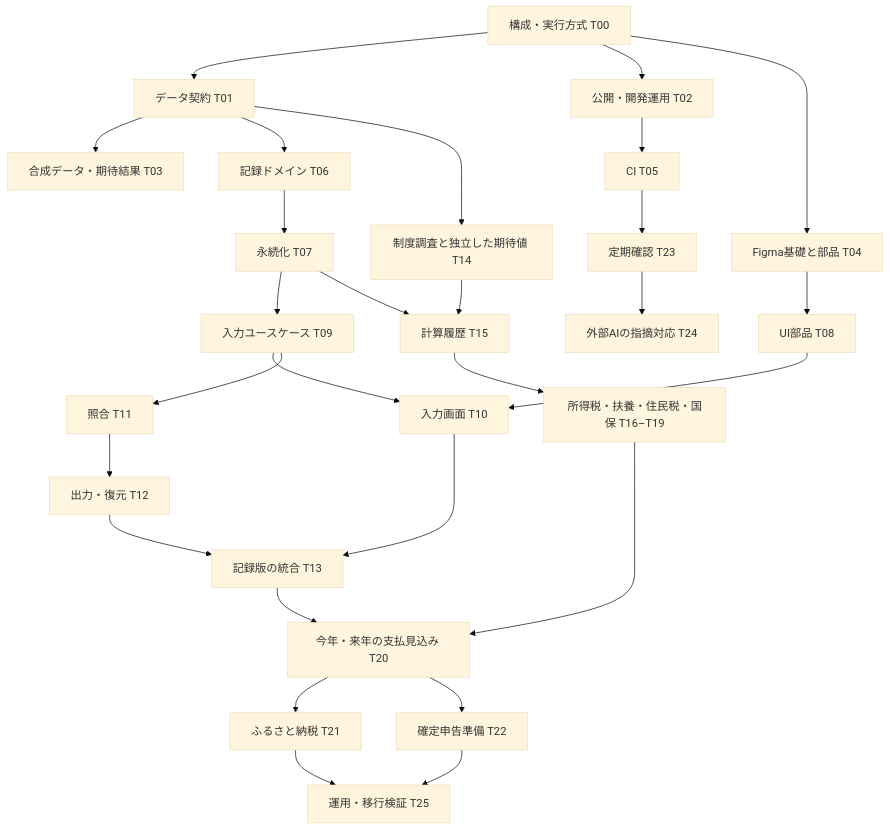
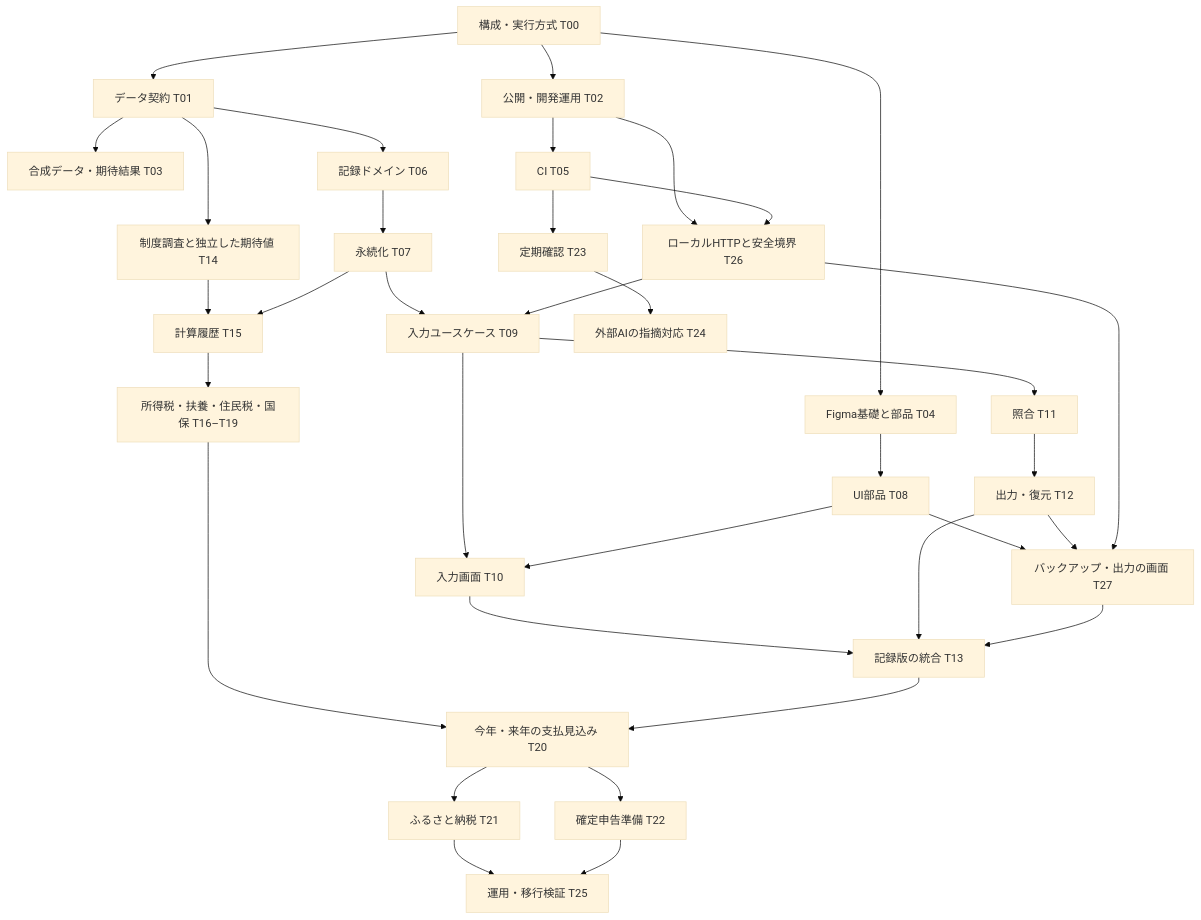
The diagram in docs/implementation-plan.md (doc-gif/kurashi-ledger), drawn with Mermaid (base theme) before and after one commit. The commit also changed other lines of this file and 10 other files, not shown here.

````diff
--- a/docs/implementation-plan.md
+++ b/docs/implementation-plan.md
@@ -28,30 +28,37 @@
 ```mermaid
 flowchart TD
   T00[構成・実行方式 T00] --> T01[データ契約 T01]
   T00 --> T02[公開・開発運用 T02]
   T01 --> T03[合成データ・期待結果 T03]
   T01 --> T06[記録ドメイン T06]
   T00 --> T04[Figma基礎と部品 T04]
   T04 --> T08[UI部品 T08]
   T02 --> T05[CI T05]
   T06 --> T07[永続化 T07]
   T07 --> T09[入力ユースケース T09]
+  T02 --> T26[ローカルHTTPと安全境界 T26]
+  T05 --> T26
+  T26 --> T09
   T09 --> T10[入力画面 T10]
   T08 --> T10
   T09 --> T11[照合 T11]
   T11 --> T12[出力・復元 T12]
+  T08 --> T27[バックアップ・出力の画面 T27]
+  T12 --> T27
+  T26 --> T27
   T10 --> T13[記録版の統合 T13]
   T12 --> T13
+  T27 --> T13
   T01 --> T14[制度調査と独立した期待値 T14]
   T14 --> T15[計算履歴 T15]
   T07 --> T15
   T15 --> CALC[所得税・扶養・住民税・国保 T16–T19]
   CALC --> T20[今年・来年の支払見込み T20]
   T13 --> T20
   T20 --> T21[ふるさと納税 T21]
   T20 --> T22[確定申告準備 T22]
   T05 --> T23[定期確認 T23]
   T23 --> T24[外部AIの指摘対応 T24]
   T21 --> T25[運用・移行検証 T25]
   T22 --> T25
 ```
````
